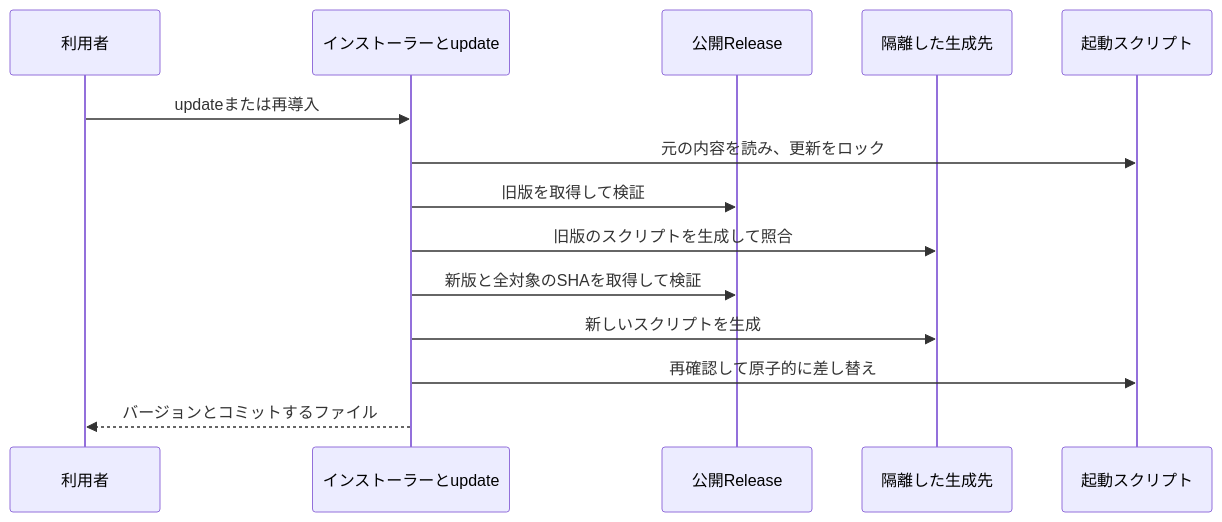
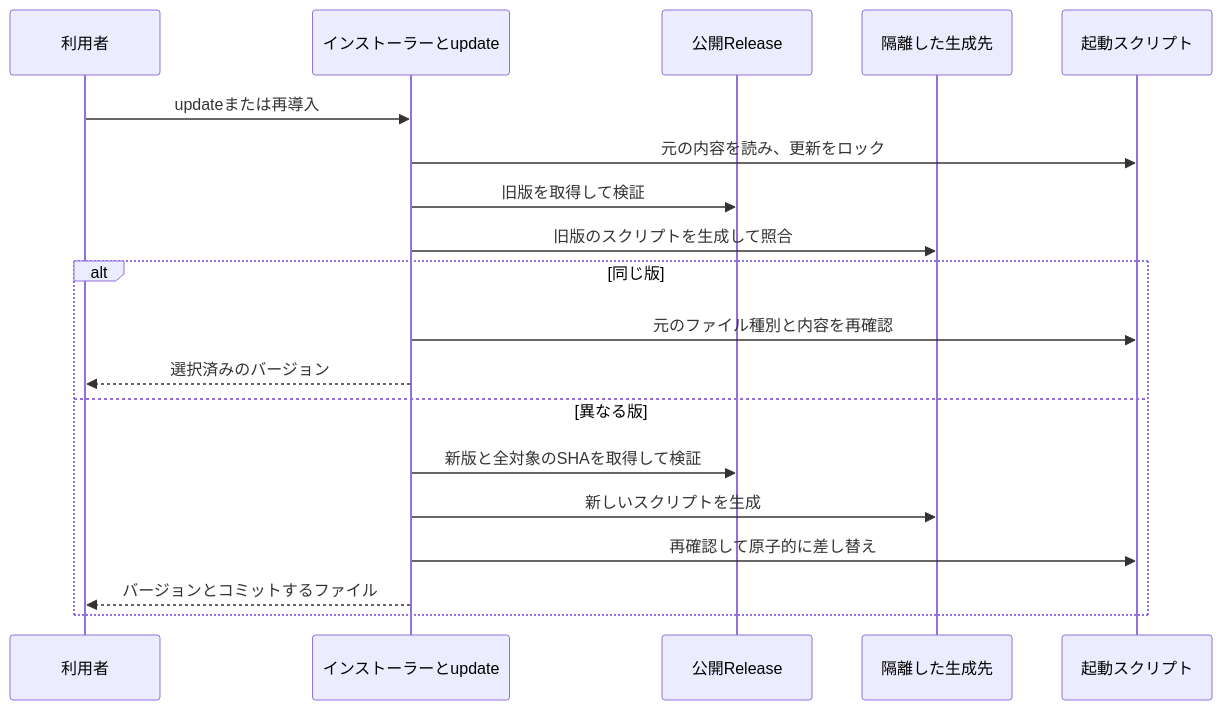
The diagram in docs/products/sdev/features/project-bootstrap/design.ja.md (azu/sdev), drawn with Mermaid before and after one commit. The commit also changed other lines of this file and 7 other files, not shown here.

````diff
--- a/docs/products/sdev/features/project-bootstrap/design.ja.md
+++ b/docs/products/sdev/features/project-bootstrap/design.ja.md
@@ -131,16 +131,21 @@
 ```mermaid
 sequenceDiagram
     participant U as 利用者
     participant I as インストーラーとupdate
     participant R as 公開Release
     participant S as 隔離した生成先
     participant P as 起動スクリプト
     U->>I: updateまたは再導入
     I->>P: 元の内容を読み、更新をロック
     I->>R: 旧版を取得して検証
     I->>S: 旧版のスクリプトを生成して照合
+    alt 同じ版
+        I->>P: 元のファイル種別と内容を再確認
+        I-->>U: 選択済みのバージョン
+    else 異なる版
     I->>R: 新版と全対象のSHAを取得して検証
     I->>S: 新しいスクリプトを生成
     I->>P: 再確認して原子的に差し替え
     I-->>U: バージョンとコミットするファイル
+    end
 ```
````
